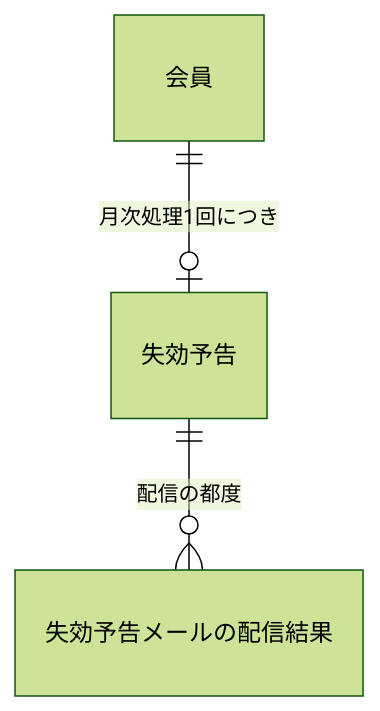
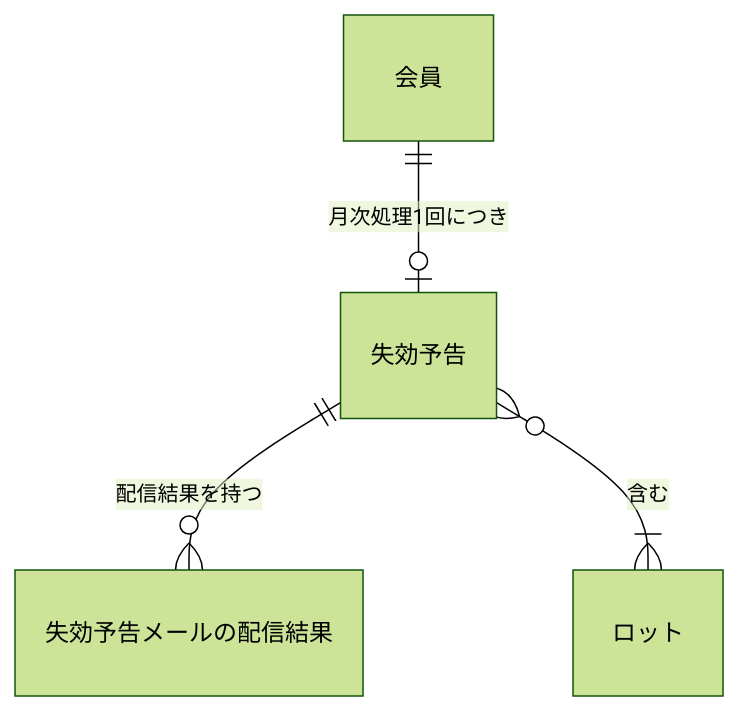
The fourth of 7 diagrams in samples/docs/requirements.md (kasiopeiya/claude-dev-template), drawn with Mermaid (forest theme) before and after one commit. The commit also changed other lines of this file and 1 other file, not shown here.

First line of the commit message:
docs: 要件定義書の手本から処理のやり方を外し、アクティビティ図を機能仕様から描き起こす (#1915, #1916)

````diff
--- a/samples/docs/requirements.md
+++ b/samples/docs/requirements.md
@@ -336,8 +338,10 @@
 ```mermaid
 erDiagram
     MEMBER["会員"]
     NOTICE["失効予告"]
     RESULT["失効予告メールの配信結果"]
+    LOT["ロット"]
     MEMBER ||--o| NOTICE : "月次処理1回につき"
-    NOTICE ||--o{ RESULT : "配信の都度"
+    NOTICE ||--o{ RESULT : 配信結果を持つ
+    NOTICE }o--|{ LOT : 含む
 ```
````
